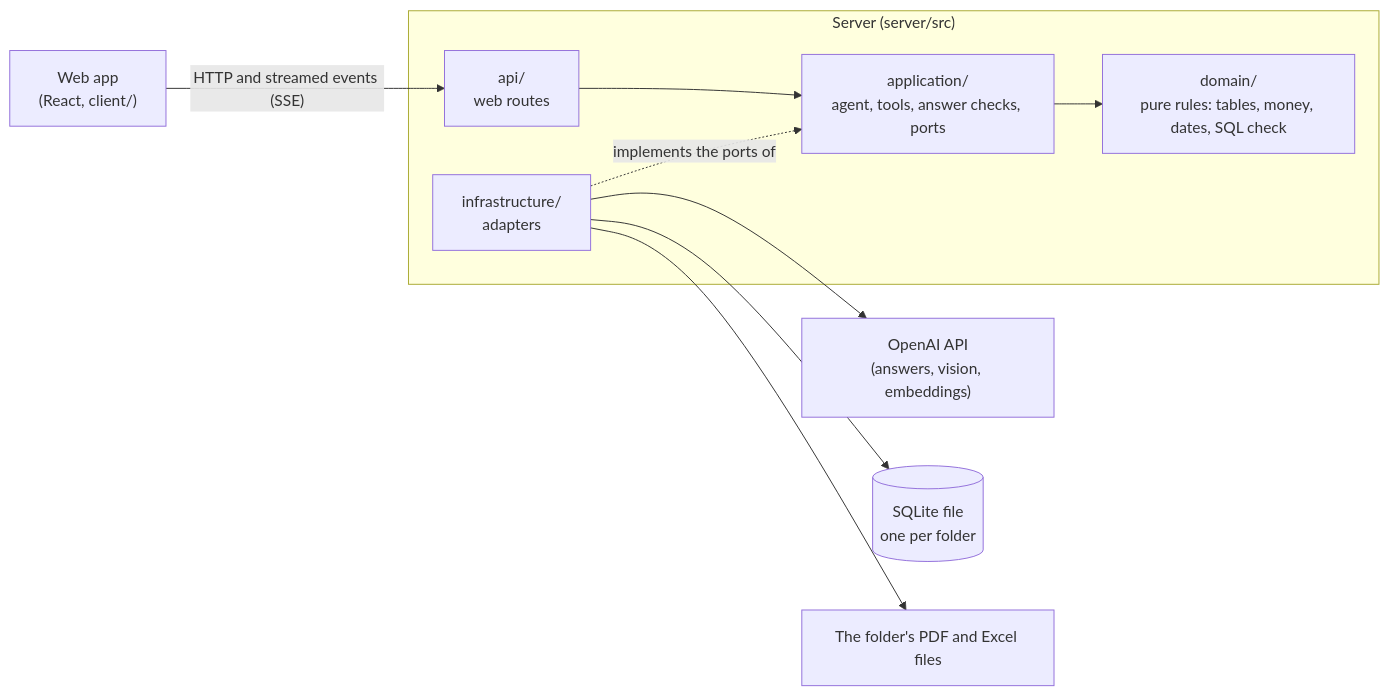
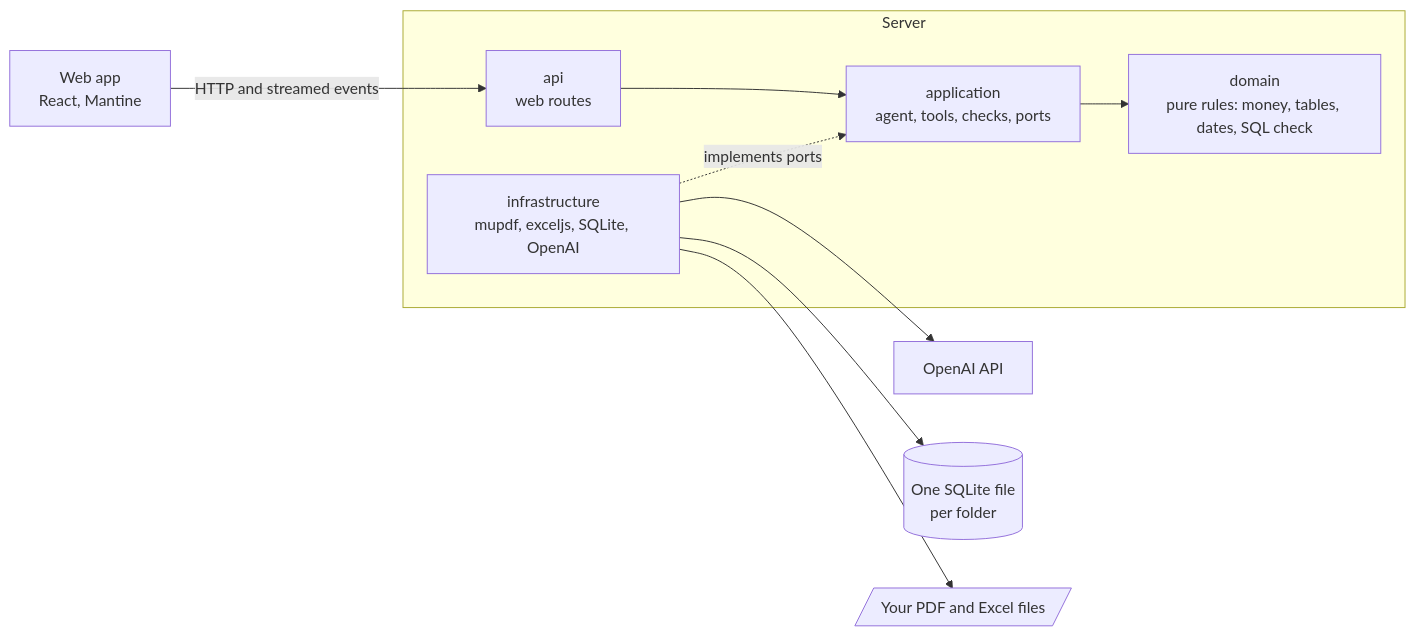
One commit to MoSmeha/Atlas changed the fourth of 5 diagrams in README.md. Above: the diagram before and after it, drawn with Mermaid. The commit also changed other lines of this file and 14 other files, not shown here.

````diff
--- a/README.md
+++ b/README.md
@@ -119,14 +111,12 @@
 ```mermaid
 flowchart LR
-  client["Web app<br/>(React, client/)"] -- "HTTP and streamed events (SSE)" --> api
-
-  subgraph server["Server (server/src)"]
-    api["api/<br/>web routes"] --> application["application/<br/>agent, tools, answer checks, ports"]
-    application --> domain["domain/<br/>pure rules: tables, money, dates, SQL check"]
-    infrastructure["infrastructure/<br/>adapters"] -. "implements the ports of" .-> application
+  client["Web app<br/>React, Mantine"] -- "HTTP and streamed events" --> api
+  subgraph server["Server"]
+    api["api<br/>web routes"] --> app["application<br/>agent, tools, checks, ports"]
+    app --> domain["domain<br/>pure rules: money, tables, dates, SQL check"]
+    infra["infrastructure<br/>mupdf, exceljs, SQLite, OpenAI"] -. implements ports .-> app
   end
-
-  infrastructure --> openai["OpenAI API<br/>(answers, vision, embeddings)"]
-  infrastructure --> sqlite[("SQLite file<br/>one per folder")]
-  infrastructure --> files["The folder's PDF and Excel files"]
+  infra --> openai["OpenAI API"]
+  infra --> sqlite[("One SQLite file<br/>per folder")]
+  infra --> files[/"Your PDF and Excel files"/]
 ```
````
